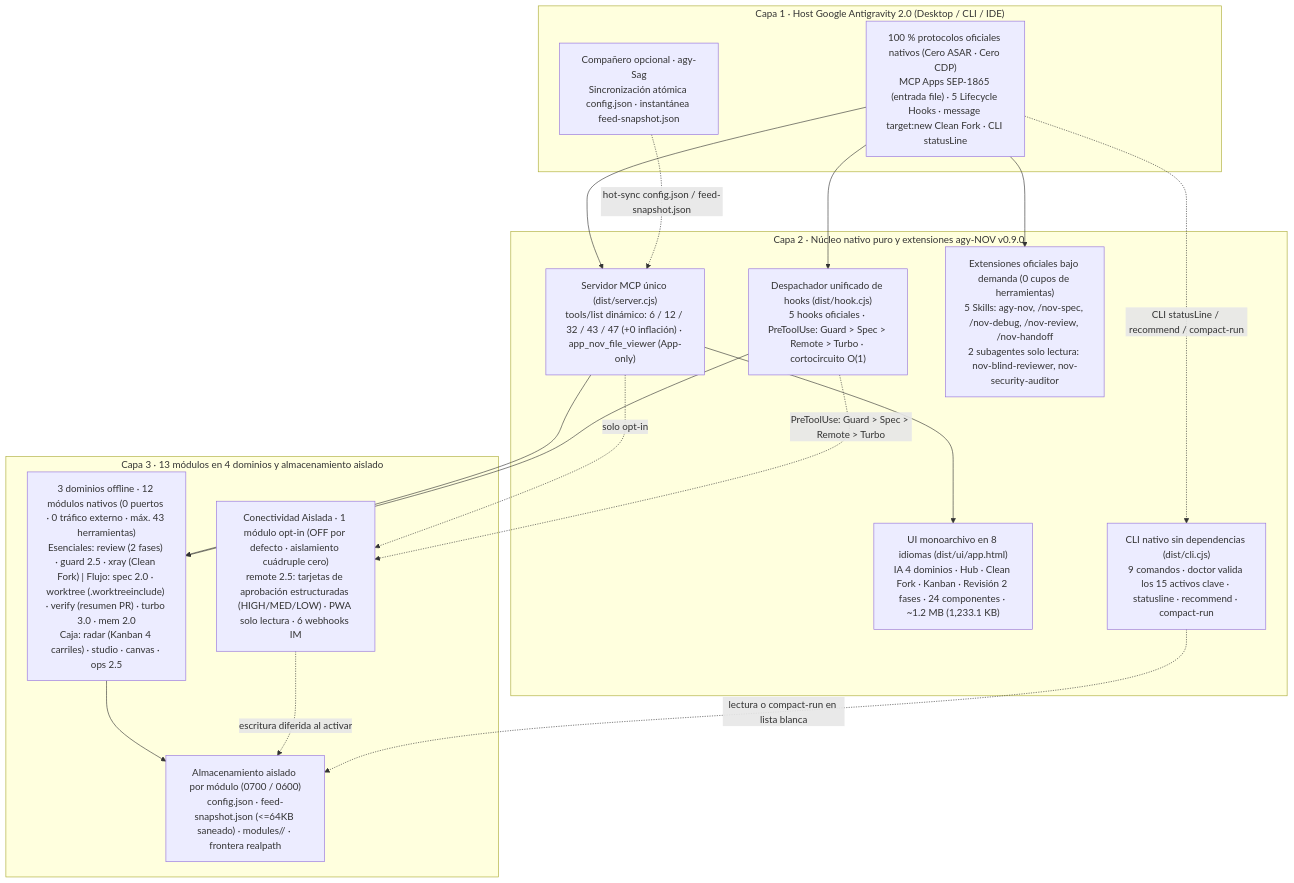
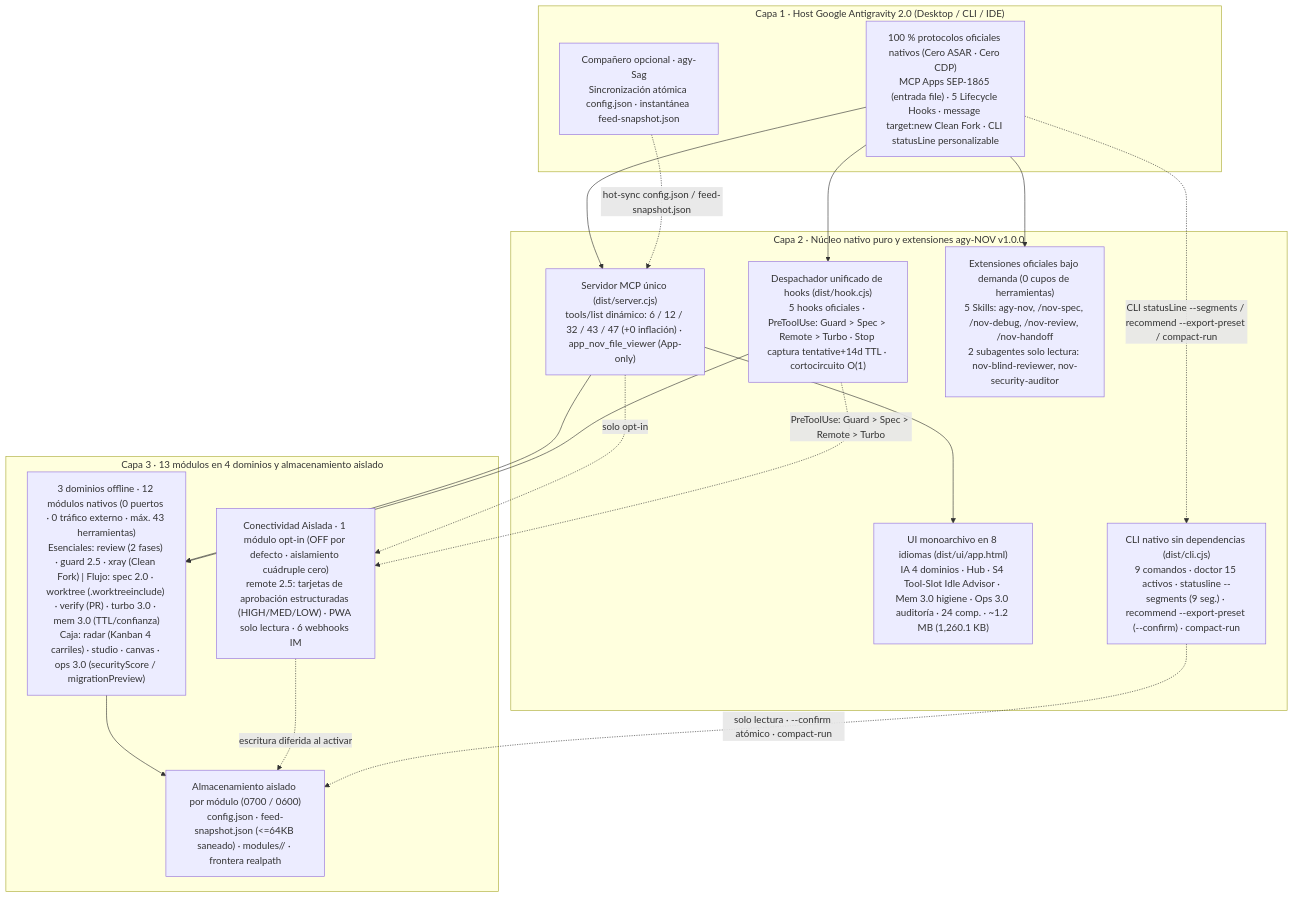
One commit to tone-leh/agy-NOV changed the diagram in docs/i18n/README.es.md. Above: the diagram before and after it, drawn with Mermaid. The commit also changed other lines of this file and 42 other files, not shown here.

Commit message:
release: v1.0.0 — Ops 3.0 static security audit & cross-client dedup preview, Mem 3.0 confidence/TTL hygiene, customizable 9-segment CLI statusLine & --export-preset scaffold

````diff
--- a/docs/i18n/README.es.md
+++ b/docs/i18n/README.es.md
@@ -233,35 +237,35 @@
 ```mermaid
 flowchart TB
   subgraph L1["Capa 1 · Host Google Antigravity 2.0 (Desktop / CLI / IDE)"]
-    Host["100 % protocolos oficiales nativos (Cero ASAR · Cero CDP)\nMCP Apps SEP-1865 (entrada file) · 5 Lifecycle Hooks · message target:new Clean Fork · CLI statusLine"]
+    Host["100 % protocolos oficiales nativos (Cero ASAR · Cero CDP)\nMCP Apps SEP-1865 (entrada file) · 5 Lifecycle Hooks · message target:new Clean Fork · CLI statusLine personalizable"]
     Sag["Compañero opcional · agy-Sag\nSincronización atómica config.json · instantánea feed-snapshot.json"]
   end
 
-  subgraph L2["Capa 2 · Núcleo nativo puro y extensiones agy-NOV v0.9.0"]
+  subgraph L2["Capa 2 · Núcleo nativo puro y extensiones agy-NOV v1.0.0"]
     MCP["Servidor MCP único (dist/server.cjs)\ntools/list dinámico: 6 / 12 / 32 / 43 / 47 (+0 inflación) · app_nov_file_viewer (App-only)"]
-    Hook["Despachador unificado de hooks (dist/hook.cjs)\n5 hooks oficiales · PreToolUse: Guard > Spec > Remote > Turbo · cortocircuito O(1)"]
-    UI["UI monoarchivo en 8 idiomas (dist/ui/app.html)\nIA 4 dominios · Hub · Clean Fork · Kanban · Revisión 2 fases · 24 componentes · ~1.2 MB (1,233.1 KB)"]
+    Hook["Despachador unificado de hooks (dist/hook.cjs)\n5 hooks oficiales · PreToolUse: Guard > Spec > Remote > Turbo · Stop captura tentative+14d TTL · cortocircuito O(1)"]
+    UI["UI monoarchivo en 8 idiomas (dist/ui/app.html)\nIA 4 dominios · Hub · S4 Tool-Slot Idle Advisor · Mem 3.0 higiene · Ops 3.0 auditoría · 24 comp. · ~1.2 MB (1,260.1 KB)"]
     Ext["Extensiones oficiales bajo demanda (0 cupos de herramientas)\n5 Skills: agy-nov, /nov-spec, /nov-debug, /nov-review, /nov-handoff\n2 subagentes solo lectura: nov-blind-reviewer, nov-security-auditor"]
-    CLI["CLI nativo sin dependencias (dist/cli.cjs)\n9 comandos · doctor valida los 15 activos clave · statusline · recommend · compact-run"]
+    CLI["CLI nativo sin dependencias (dist/cli.cjs)\n9 comandos · doctor 15 activos · statusline --segments (9 seg.) · recommend --export-preset (--confirm) · compact-run"]
   end
 
   subgraph L3["Capa 3 · 13 módulos en 4 dominios y almacenamiento aislado"]
-    T1["3 dominios offline · 12 módulos nativos (0 puertos · 0 tráfico externo · máx. 43 herramientas)\nEsenciales: review (2 fases) · guard 2.5 · xray (Clean Fork) | Flujo: spec 2.0 · worktree (.worktreeinclude) · verify (resumen PR) · turbo 3.0 · mem 2.0\nCaja: radar (Kanban 4 carriles) · studio · canvas · ops 2.5"]
+    T1["3 dominios offline · 12 módulos nativos (0 puertos · 0 tráfico externo · máx. 43 herramientas)\nEsenciales: review (2 fases) · guard 2.5 · xray (Clean Fork) | Flujo: spec 2.0 · worktree (.worktreeinclude) · verify (PR) · turbo 3.0 · mem 3.0 (TTL/confianza)\nCaja: radar (Kanban 4 carriles) · studio · canvas · ops 3.0 (securityScore / migrationPreview)"]
     T2R["Conectividad Aislada · 1 módulo opt-in (OFF por defecto · aislamiento cuádruple cero)\nremote 2.5: tarjetas de aprobación estructuradas (HIGH/MED/LOW) · PWA solo lectura · 6 webhooks IM"]
     Store["Almacenamiento aislado por módulo (0700 / 0600)\nconfig.json · feed-snapshot.json (<=64KB saneado) · modules/<id>/ · frontera realpath"]
   end
 
   Host --> MCP
   Host --> Hook
   Host --> Ext
-  Host -. "CLI statusLine / recommend / compact-run" .-> CLI
+  Host -. "CLI statusLine --segments / recommend --export-preset / compact-run" .-> CLI
   Sag -. "hot-sync config.json / feed-snapshot.json" .-> MCP
   MCP --> UI
   MCP --> T1
   MCP -. "solo opt-in" .-> T2R
   Hook --> T1
   Hook -. "PreToolUse: Guard > Spec > Remote > Turbo" .-> T2R
   T1 --> Store
   T2R -. "escritura diferida al activar" .-> Store
-  CLI -. "lectura o compact-run en lista blanca" .-> Store
+  CLI -. "solo lectura · --confirm atómico · compact-run" .-> Store
 ```
````
